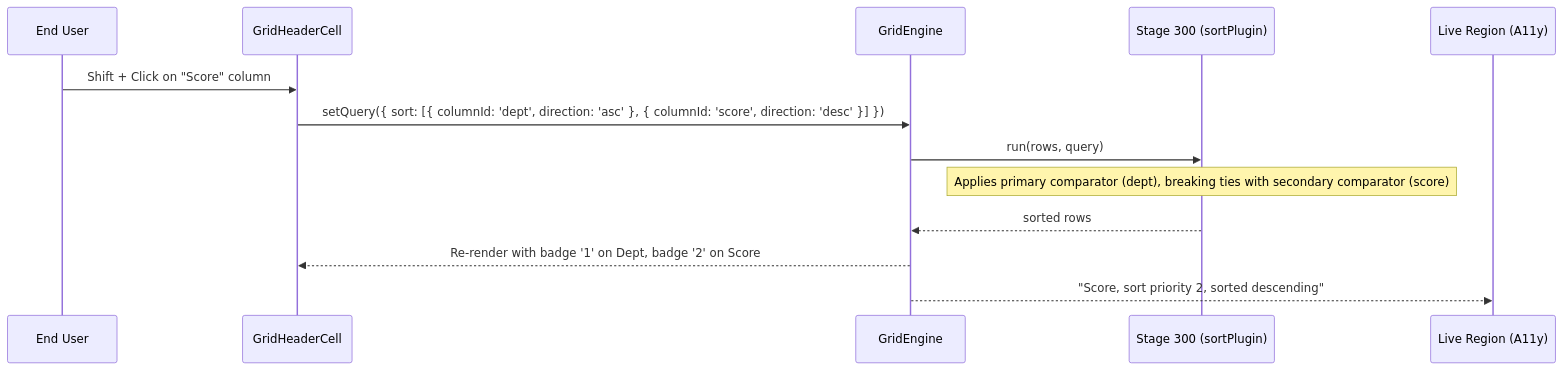
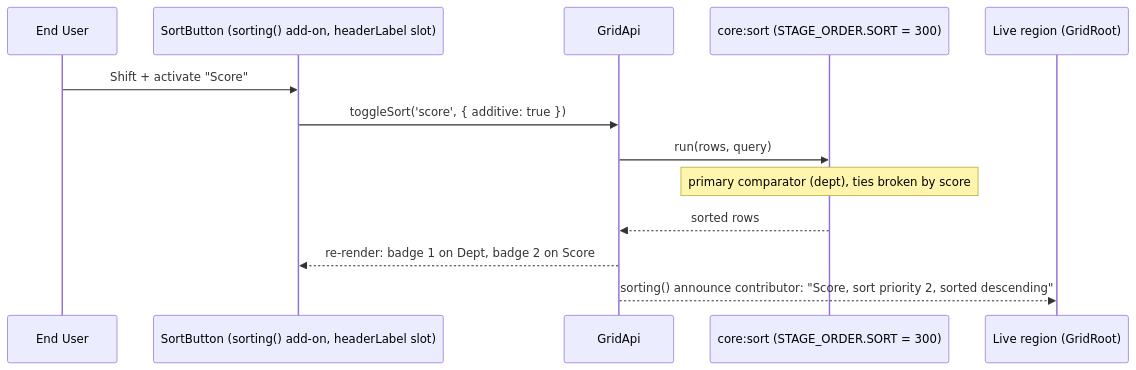
One commit to yaotzin1/apsw-gridwright changed the diagram in specs/multi-column-sorting/plan.md. Above: the diagram before and after it, drawn with Mermaid. The commit also changed other lines of this file and 201 other files, not shown here.

````diff
--- a/specs/multi-column-sorting/plan.md
+++ b/specs/multi-column-sorting/plan.md
@@ -16,16 +18,16 @@
 ```mermaid
 sequenceDiagram
     participant User as End User
-    participant Header as GridHeaderCell
-    participant Engine as GridEngine
-    participant SortStage as Stage 300 (sortPlugin)
-    participant LiveRegion as Live Region (A11y)
+    participant Button as SortButton (sorting() add-on, headerLabel slot)
+    participant Engine as GridApi
+    participant SortStage as core:sort (STAGE_ORDER.SORT = 300)
+    participant Region as Live region (GridRoot)
 
-    User->>Header: Shift + Click on "Score" column
-    Header->>Engine: setQuery({ sort: [{ columnId: 'dept', direction: 'asc' }, { columnId: 'score', direction: 'desc' }] })
+    User->>Button: Shift + activate "Score"
+    Button->>Engine: toggleSort('score', { additive: true })
     Engine->>SortStage: run(rows, query)
-    Note over SortStage: Applies primary comparator (dept), breaking ties with secondary comparator (score)
+    Note over SortStage: primary comparator (dept), ties broken by score
     SortStage-->>Engine: sorted rows
-    Engine-->>Header: Re-render with badge '1' on Dept, badge '2' on Score
-    Engine-->>LiveRegion: "Score, sort priority 2, sorted descending"
+    Engine-->>Button: re-render: badge 1 on Dept, badge 2 on Score
+    Engine-->>Region: sorting() announce contributor: "Score, sort priority 2, sorted descending"
 ```
````
